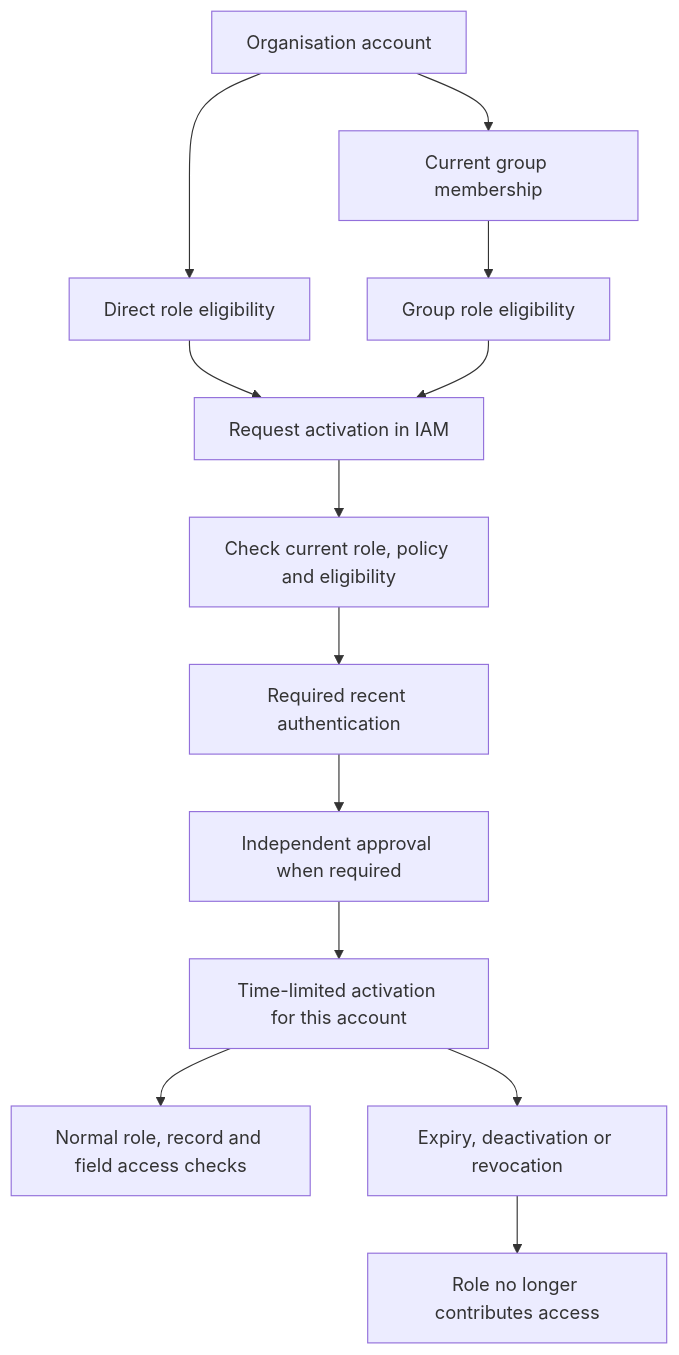
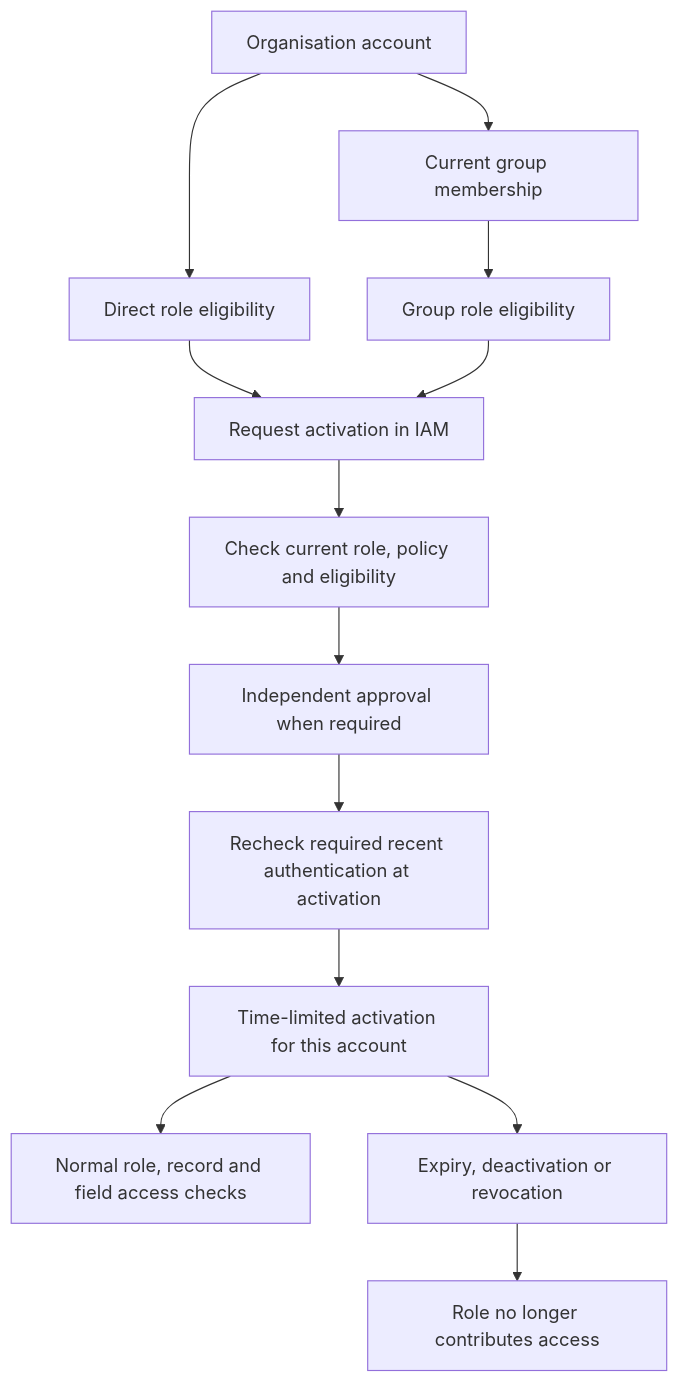
The diagram in docs/specification/appendices/groups-and-privileged-access.md (Abzum-NZ/Abzum-Vortex), drawn with Mermaid before and after one commit. The commit also changed 5 other files, not shown here.

````diff
--- a/docs/specification/appendices/groups-and-privileged-access.md
+++ b/docs/specification/appendices/groups-and-privileged-access.md
@@ -40,15 +40,15 @@
 ```mermaid
 flowchart TD
     ACCOUNT[Organisation account] --> DIRECT[Direct role eligibility]
     ACCOUNT --> MEMBER[Current group membership]
     MEMBER --> GROUP[Group role eligibility]
     DIRECT --> REQUEST[Request activation in IAM]
     GROUP --> REQUEST
     REQUEST --> CHECK[Check current role, policy and eligibility]
-    CHECK --> AUTH[Required recent authentication]
-    AUTH --> REVIEW[Independent approval when required]
-    REVIEW --> ACTIVE[Time-limited activation for this account]
+    CHECK --> REVIEW[Independent approval when required]
+    REVIEW --> AUTH[Recheck required recent authentication at activation]
+    AUTH --> ACTIVE[Time-limited activation for this account]
     ACTIVE --> ACCESS[Normal role, record and field access checks]
     ACTIVE --> END[Expiry, deactivation or revocation]
     END --> NONE[Role no longer contributes access]
 ```
````
